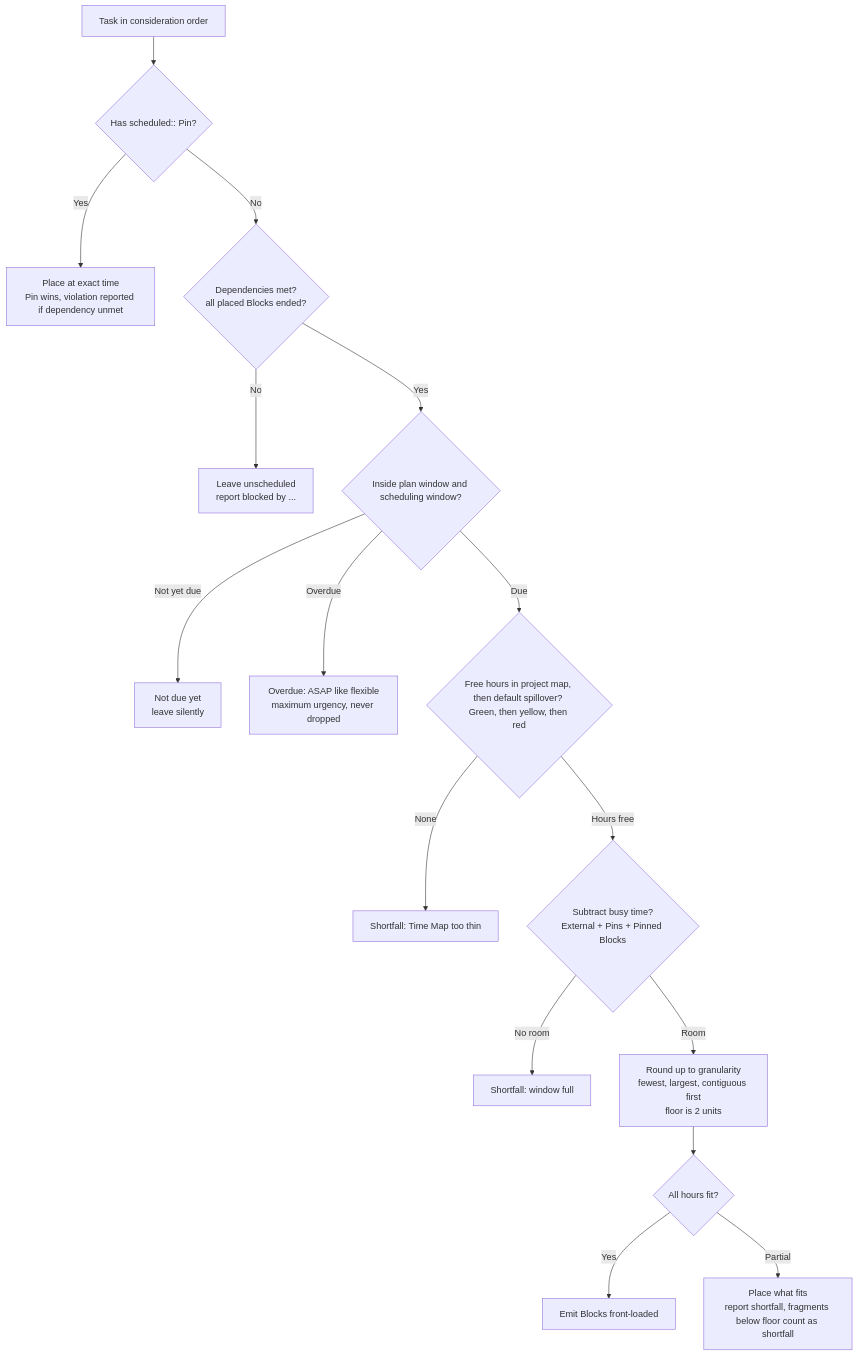
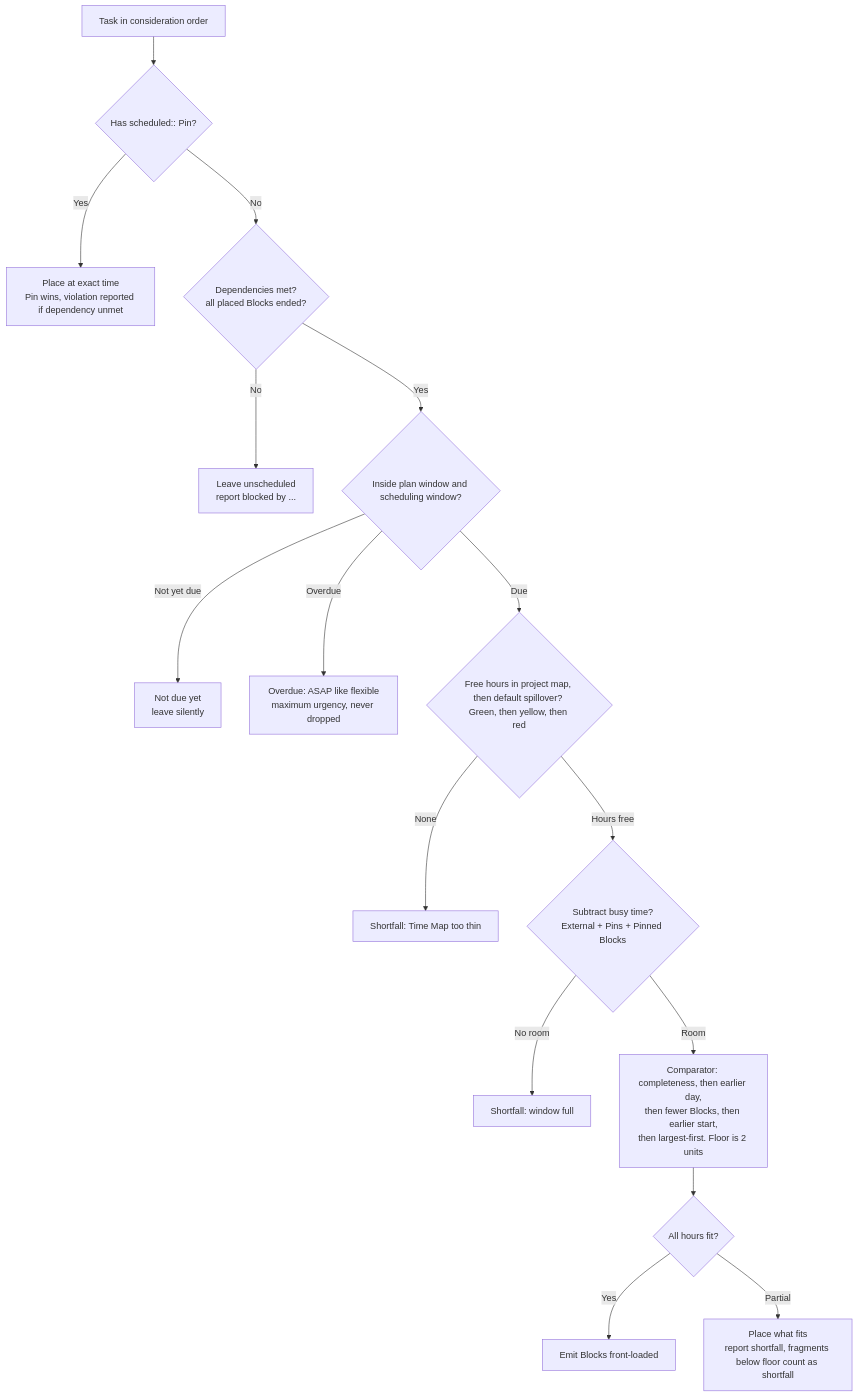
The third of 5 diagrams in docs/content/specs/scheduling.md (aries1980/lodo), drawn with Mermaid before and after one commit. The commit also changed other lines of this file and 41 other files, not shown here.

````diff
--- a/docs/content/specs/scheduling.md
+++ b/docs/content/specs/scheduling.md
@@ -89,18 +131,18 @@
 ```mermaid
 flowchart TD
     S["Task in consideration order"] --> PIN{"Has scheduled:: Pin?"}
     PIN -->|Yes| P1["Place at exact time<br/>Pin wins, violation reported if dependency unmet"]
     PIN -->|No| DEP{"Dependencies met?<br/>all placed Blocks ended?"}
     DEP -->|No| BLK["Leave unscheduled<br/>report blocked by ..."]
     DEP -->|Yes| PLAN{"Inside plan window and scheduling window?"}
     PLAN -->|Not yet due| FUT["Not due yet<br/>leave silently"]
     PLAN -->|Overdue| OVER["Overdue: ASAP like flexible<br/>maximum urgency, never dropped"]
     PLAN -->|Due| TM{"Free hours in project map, then default spillover? Green, then yellow, then red"}
     TM -->|None| SHORT["Shortfall: Time Map too thin"]
     TM -->|Hours free| BUSY{"Subtract busy time?<br/>External + Pins + Pinned Blocks"}
     BUSY -->|No room| FULL["Shortfall: window full"]
-    BUSY -->|Room| GRAN["Round up to granularity<br/>fewest, largest, contiguous first<br/>floor is 2 units"]
+    BUSY -->|Room| GRAN["Comparator: completeness, then earlier day,<br/>then fewer Blocks, then earlier start,<br/>then largest-first. Floor is 2 units"]
     GRAN --> PART{"All hours fit?"}
     PART -->|Yes| PLACE["Emit Blocks front-loaded"]
     PART -->|Partial| PARTIAL["Place what fits<br/>report shortfall, fragments below floor count as shortfall"]
 ```
````
